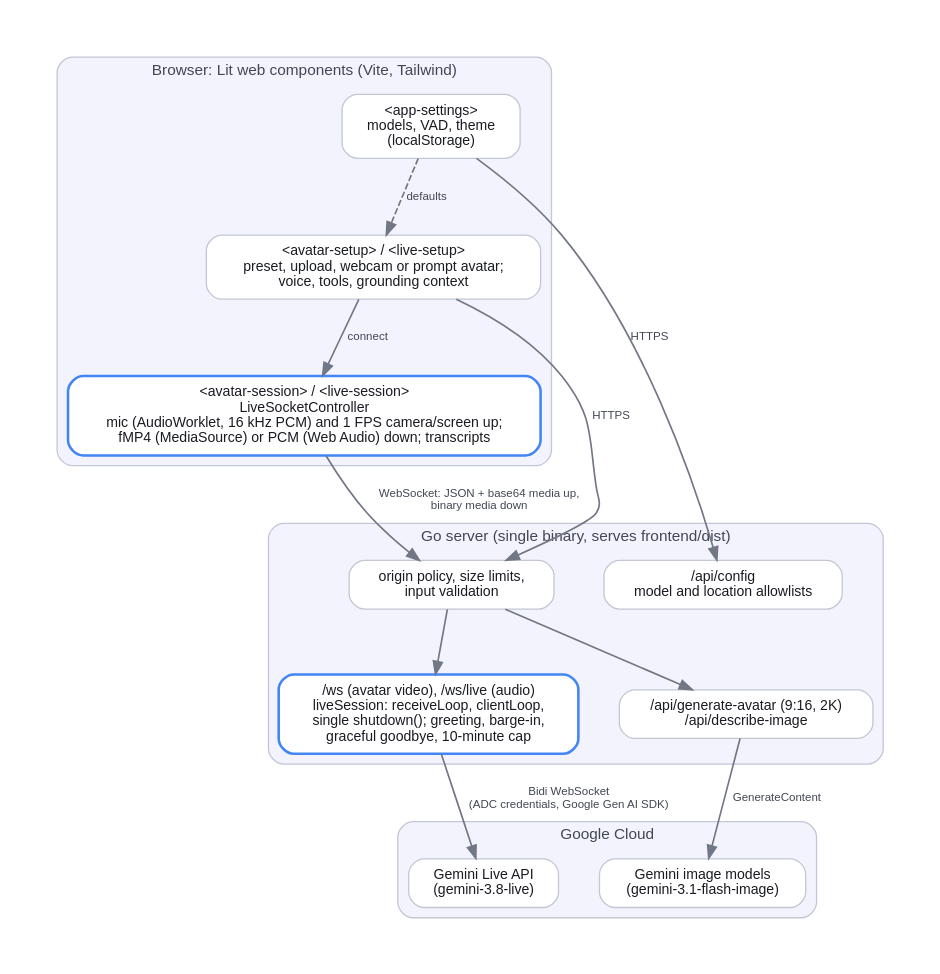
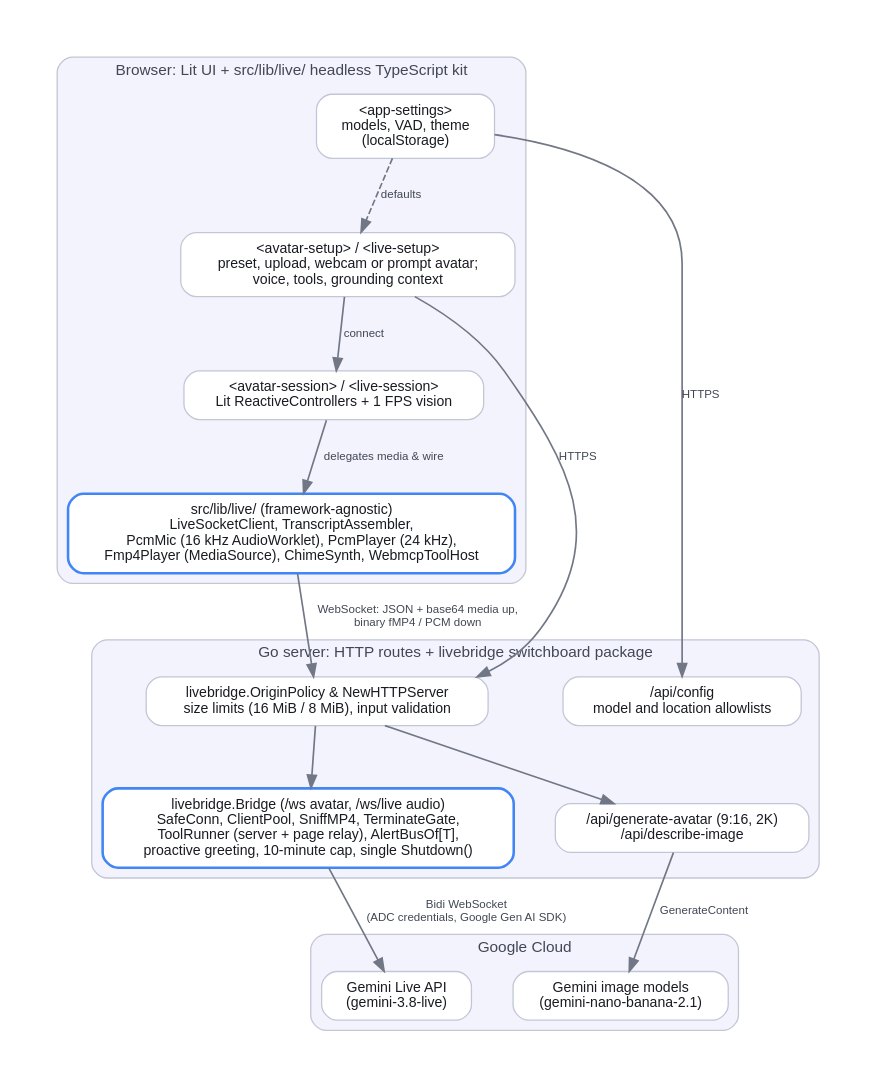
One commit to GoogleCloudPlatform/generative-ai changed the diagram in gemini/multimodal-live-api/gemini-live-studio/docs/architecture.dot. Above: the diagram before and after it, drawn with Graphviz. The commit also changed 60 other files, not shown here.

Commit message:
feat(gemini-live-studio): extract livebridge Go & TS voice-agent kit and add Diataxis docs (#3190)

```diff
--- a/gemini/multimodal-live-api/gemini-live-studio/docs/architecture.dot
+++ b/gemini/multimodal-live-api/gemini-live-studio/docs/architecture.dot
@@ -1,50 +1,53 @@
 // Copyright 2026 Google LLC
 //
 // Licensed under the Apache License, Version 2.0 (the "License");
 // you may not use this file except in compliance with the License.
 // You may obtain a copy of the License at
 //
 //     http://www.apache.org/licenses/LICENSE-2.0
 //
 // Unless required by applicable law or agreed to in writing, software
 // distributed under the License is distributed on an "AS IS" BASIS,
 // WITHOUT WARRANTIES OR CONDITIONS OF ANY KIND, either express or implied.
 // See the License for the specific language governing permissions and
 // limitations under the License.
 
 // Render: dot -Tpng -Gdpi=144 docs/architecture.dot -o docs/architecture.png
 digraph Architecture {
-  graph [bgcolor="#ffffff", fontname="Helvetica", fontsize=12, pad=0.4, nodesep=0.45, ranksep=0.7, rankdir=TB];
+  graph [bgcolor="#ffffff", fontname="Helvetica", fontsize=12, pad=0.4, nodesep=0.45, ranksep=0.65, rankdir=TB];
   node  [shape=box, style="rounded,filled", color="#c2c6d5", fillcolor="#ffffff", fontcolor="#191b22", fontname="Helvetica", fontsize=11, margin="0.18,0.10"];
   edge  [color="#727785", fontcolor="#424753", fontname="Helvetica", fontsize=9, penwidth=1.3];
 
   subgraph cluster_browser {
-    label="Browser: Lit web components (Vite, Tailwind)"; style="rounded,filled"; color="#c2c6d5"; fillcolor="#f2f3fd"; fontcolor="#424753";
-    Setup   [label="<avatar-setup> / <live-setup>\npreset, upload, webcam or prompt avatar;\nvoice, tools, grounding context"];
-    Session [label="<avatar-session> / <live-session>\nLiveSocketController\nmic (AudioWorklet, 16 kHz PCM) and 1 FPS camera/screen up;\nfMP4 (MediaSource) or PCM (Web Audio) down; transcripts", color="#4285f4", penwidth=2];
+    label="Browser: Lit UI + src/lib/live/ headless TypeScript kit"; style="rounded,filled"; color="#c2c6d5"; fillcolor="#f2f3fd"; fontcolor="#424753";
+    Setup    [label="<avatar-setup> / <live-setup>\npreset, upload, webcam or prompt avatar;\nvoice, tools, grounding context"];
     Settings [label="<app-settings>\nmodels, VAD, theme\n(localStorage)"];
+    Views    [label="<avatar-session> / <live-session>\nLit ReactiveControllers + 1 FPS vision"];
+    LiveKit  [label="src/lib/live/ (framework-agnostic)\nLiveSocketClient, TranscriptAssembler,\nPcmMic (16 kHz AudioWorklet), PcmPlayer (24 kHz),\nFmp4Player (MediaSource), ChimeSynth, WebmcpToolHost", color="#4285f4", penwidth=2];
     Settings -> Setup [style=dashed, label="defaults"];
-    Setup -> Session [label="connect"];
+    Setup -> Views [label="connect"];
+    Views -> LiveKit [label="delegates media & wire"];
   }
 
   subgraph cluster_server {
-    label="Go server (single binary, serves frontend/dist)"; style="rounded,filled"; color="#c2c6d5"; fillcolor="#f2f3fd"; fontcolor="#424753";
-    Guard  [label="origin policy, size limits,\ninput validation"];
-    Live   [label="/ws (avatar video), /ws/live (audio)\nliveSession: receiveLoop, clientLoop,\nsingle shutdown(); greeting, barge-in,\ngraceful goodbye, 10-minute cap", color="#4285f4", penwidth=2];
+    label="Go server: HTTP routes + livebridge switchboard package"; style="rounded,filled"; color="#c2c6d5"; fillcolor="#f2f3fd"; fontcolor="#424753";
+    Guard  [label="livebridge.OriginPolicy & NewHTTPServer\nsize limits (16 MiB / 8 MiB), input validation"];
+    Bridge [label="livebridge.Bridge (/ws avatar, /ws/live audio)\nSafeConn, ClientPool, SniffMP4, TerminateGate,\nToolRunner (server + page relay), AlertBusOf[T],\nproactive greeting, 10-minute cap, single Shutdown()", color="#4285f4", penwidth=2];
     Images [label="/api/generate-avatar (9:16, 2K)\n/api/describe-image"];
     Config [label="/api/config\nmodel and location allowlists"];
-    Guard -> Live; Guard -> Images;
+    Guard -> Bridge;
+    Guard -> Images;
   }
 
   subgraph cluster_cloud {
     label="Google Cloud"; style="rounded,filled"; color="#c2c6d5"; fillcolor="#f2f3fd"; fontcolor="#424753";
     LiveAPI  [label="Gemini Live API\n(gemini-3.8-live)"];
-    ImageAPI [label="Gemini image models\n(gemini-3.1-flash-image)"];
+    ImageAPI [label="Gemini image models\n(gemini-nano-banana-2.1)"];
   }
 
-  Session -> Guard [label="WebSocket: JSON + base64 media up,\nbinary media down"];
+  LiveKit -> Guard [label="WebSocket: JSON + base64 media up,\nbinary fMP4 / PCM down"];
   Setup -> Guard [label="HTTPS"];
   Settings -> Config [label="HTTPS"];
-  Live -> LiveAPI [label="Bidi WebSocket\n(ADC credentials, Google Gen AI SDK)"];
+  Bridge -> LiveAPI [label="Bidi WebSocket\n(ADC credentials, Google Gen AI SDK)"];
   Images -> ImageAPI [label="GenerateContent"];
 }
```
